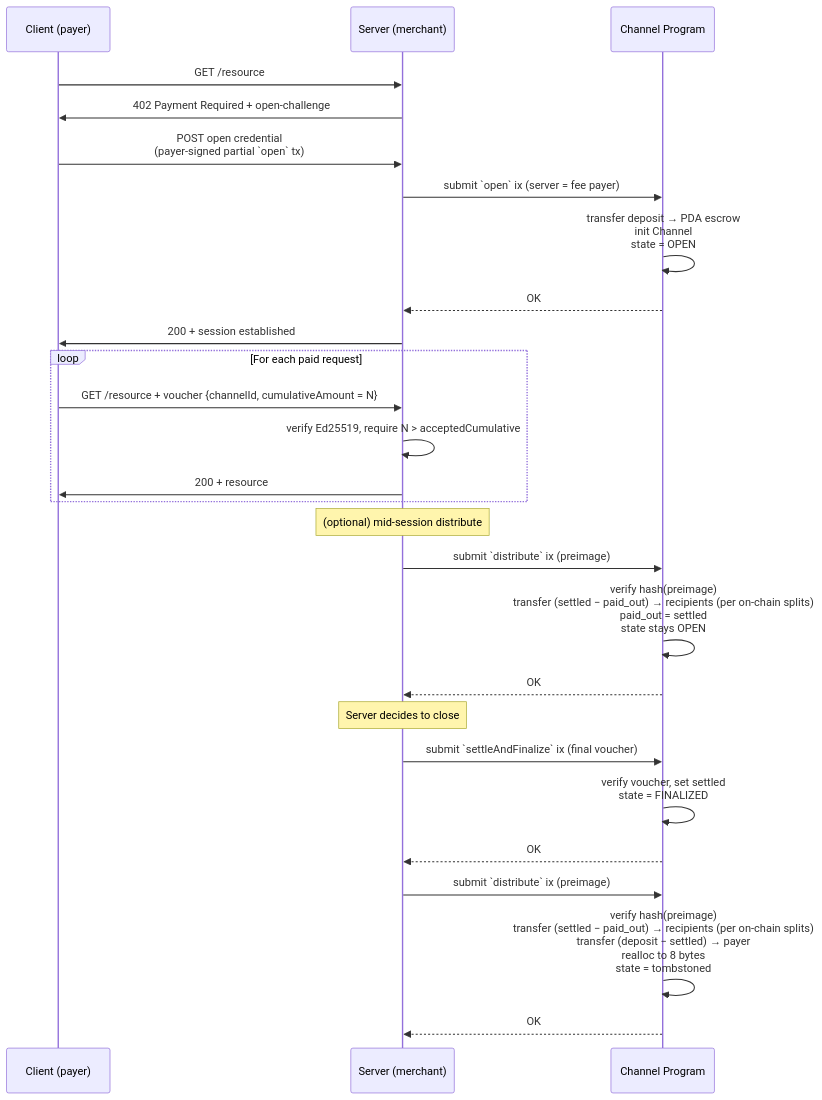
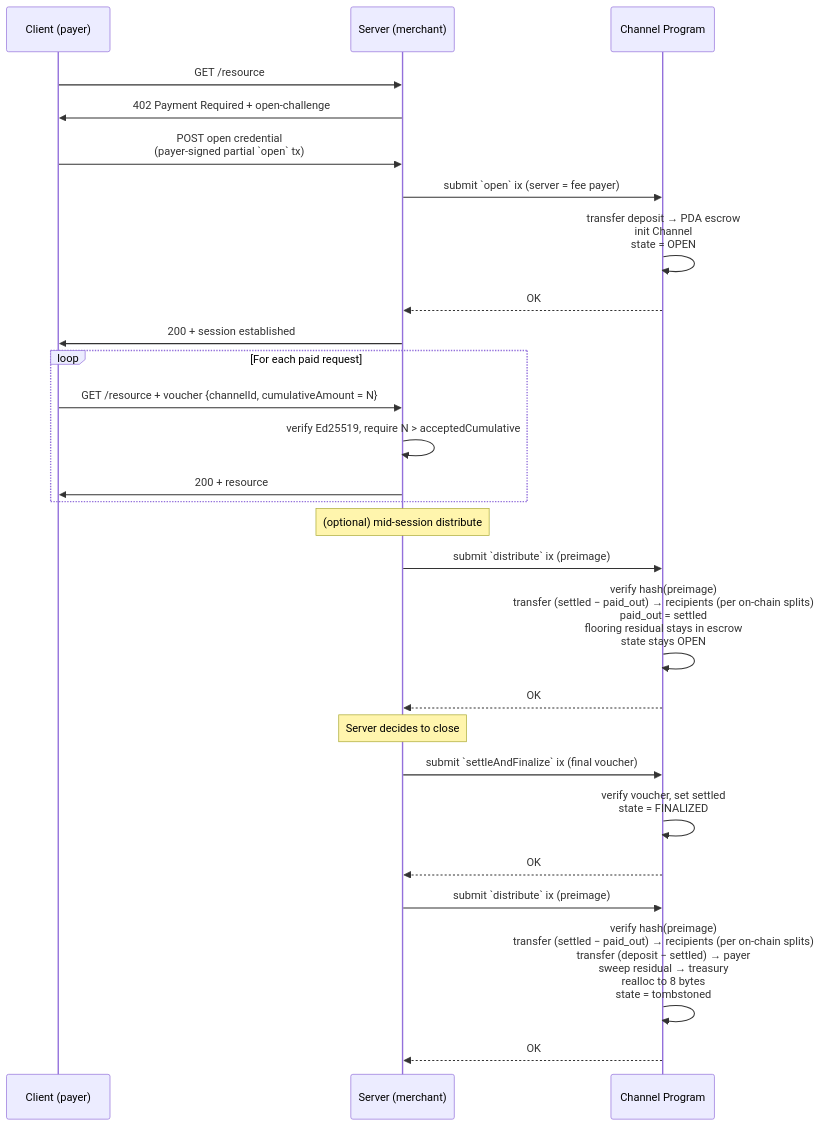
The first of 2 diagrams in docs/002-http-protocol.md (solana-foundation/payment-channels), drawn with Mermaid before and after one commit. The commit also changed other lines of this file and 10 other files, not shown here.

````diff
--- a/docs/002-http-protocol.md
+++ b/docs/002-http-protocol.md
@@ -107,35 +107,35 @@
 ```mermaid
 sequenceDiagram
     participant C as Client (payer)
     participant S as Server (merchant)
     participant P as Channel Program
 
     C->>S: GET /resource
     S->>C: 402 Payment Required + open-challenge
 
     C->>S: POST open credential<br/>(payer-signed partial `open` tx)
     S->>P: submit `open` ix (server = fee payer)
     P->>P: transfer deposit → PDA escrow<br/>init Channel<br/>state = OPEN
     P-->>S: OK
     S->>C: 200 + session established
 
     loop For each paid request
         C->>S: GET /resource + voucher {channelId, cumulativeAmount = N}
         S->>S: verify Ed25519, require N > acceptedCumulative
         S->>C: 200 + resource
     end
 
     Note over S: (optional) mid-session distribute
     S->>P: submit `distribute` ix (preimage)
-    P->>P: verify hash(preimage)<br/>transfer (settled − paid_out) → recipients (per on-chain splits)<br/>paid_out = settled<br/>state stays OPEN
+    P->>P: verify hash(preimage)<br/>transfer (settled − paid_out) → recipients (per on-chain splits)<br/>paid_out = settled<br/>flooring residual stays in escrow<br/>state stays OPEN
     P-->>S: OK
 
     Note over S: Server decides to close
     S->>P: submit `settleAndFinalize` ix (final voucher)
     P->>P: verify voucher, set settled<br/>state = FINALIZED
     P-->>S: OK
 
     S->>P: submit `distribute` ix (preimage)
-    P->>P: verify hash(preimage)<br/>transfer (settled − paid_out) → recipients (per on-chain splits)<br/>transfer (deposit − settled) → payer<br/>realloc to 8 bytes<br/>state = tombstoned
+    P->>P: verify hash(preimage)<br/>transfer (settled − paid_out) → recipients (per on-chain splits)<br/>transfer (deposit − settled) → payer<br/>sweep residual → treasury<br/>realloc to 8 bytes<br/>state = tombstoned
     P-->>S: OK
 ```
````
